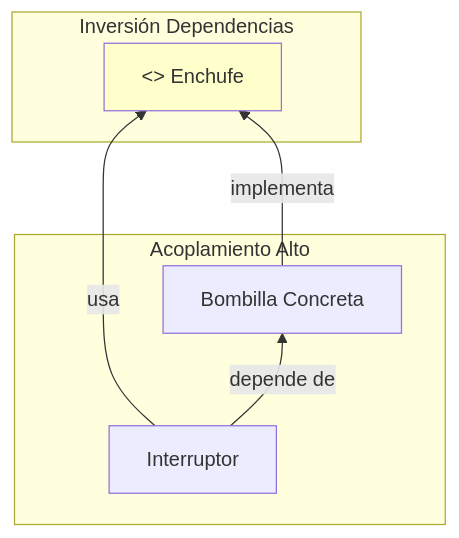
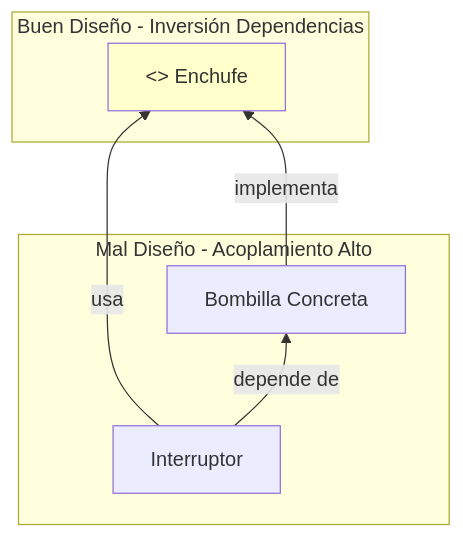
One commit to FelipeEstrellaPro/Learning-Python changed the diagram in 03_Ingenieria_Software/03_Clean_Code/03_guia_solid.md. Above: the diagram before and after it, drawn with Mermaid. The commit also changed 4 other files, not shown here.

Commit message:
Fix: Mermaid diagram syntax for GitHub rendering (Quoted labels)

````diff
--- a/03_Ingenieria_Software/03_Clean_Code/03_guia_solid.md
+++ b/03_Ingenieria_Software/03_Clean_Code/03_guia_solid.md
@@ -23,17 +23,17 @@
 ```mermaid
 graph BT
     Switch[Interruptor] 
     Bulb[Bombilla Concreta]
-    Socket[<<Interfaz>> Enchufe]
+    Socket["<<Interfaz>> Enchufe"]
     
-    subgraph Mal Diseño [Acoplamiento Alto]
+    subgraph MalDiseno ["Mal Diseño - Acoplamiento Alto"]
         Switch -- depende de --> Bulb
     end
     
-    subgraph Buen Diseño [Inversión Dependencias]
+    subgraph BuenDiseno ["Buen Diseño - Inversión Dependencias"]
         Switch -- usa --> Socket
         Bulb -- implementa --> Socket
     end
     
     style Socket fill:#ffffcc
 ```
````
